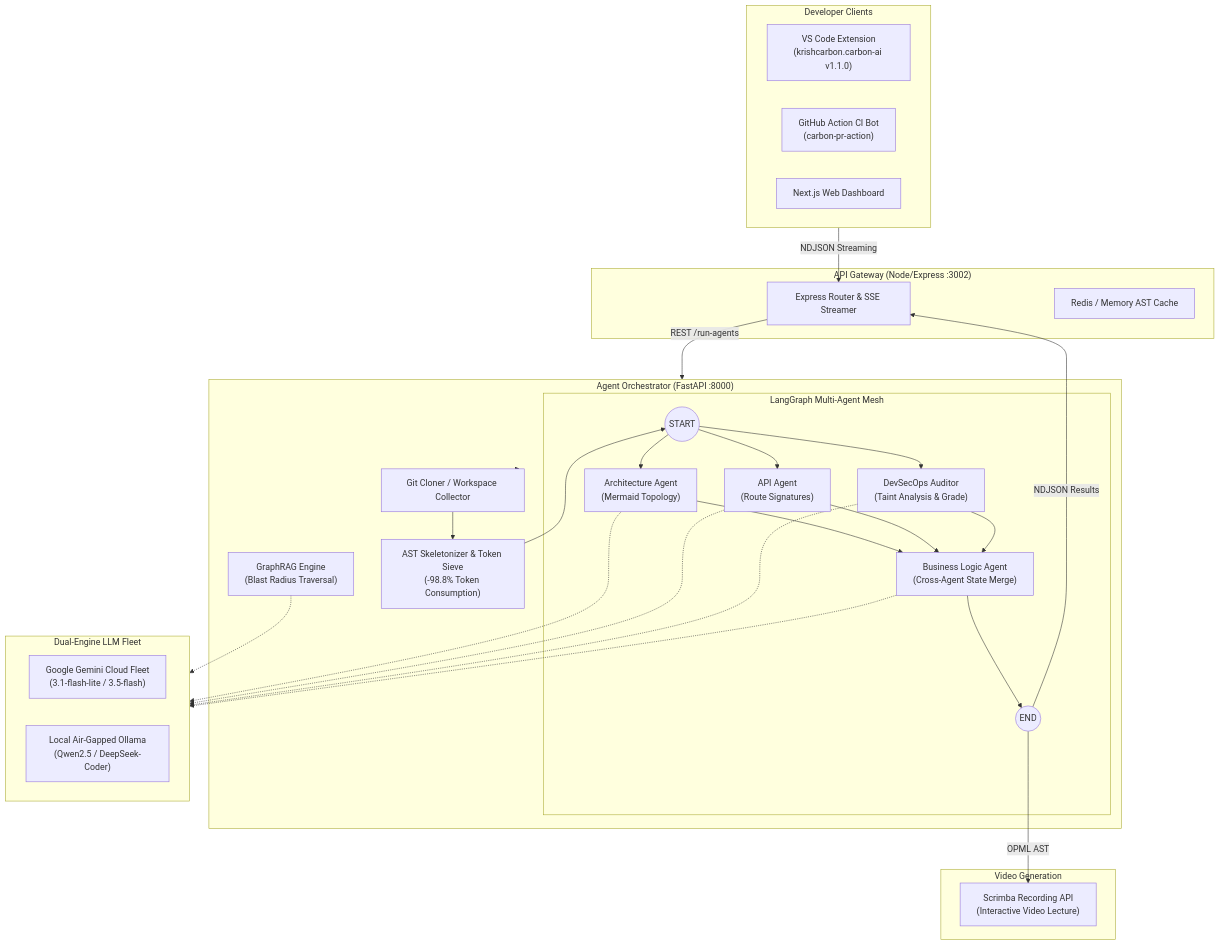
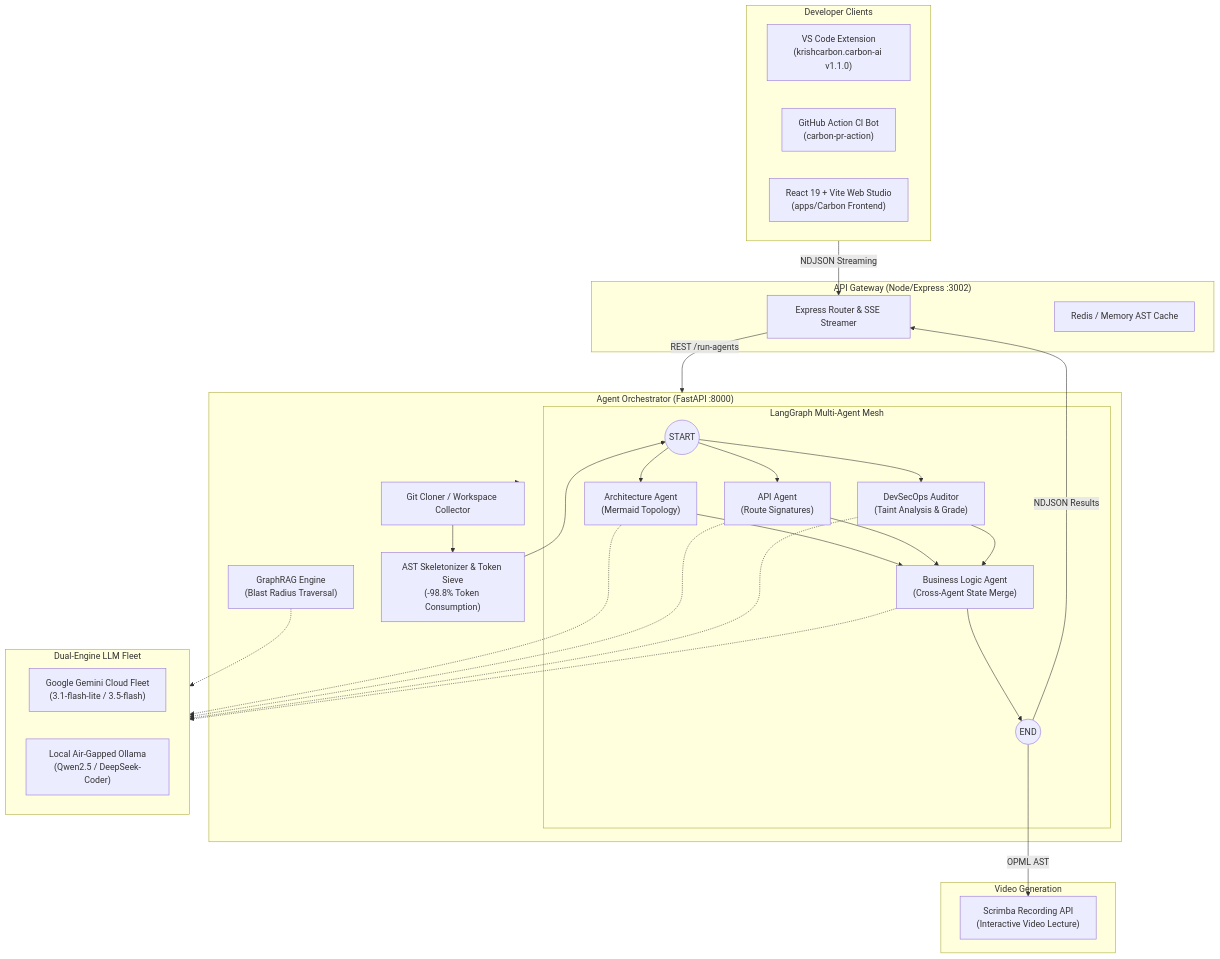
Before and after one commit to krishna-chhabra-cse/Carbon: the diagram in README.md, drawn with Mermaid. The commit also changed other lines of this file, not shown here.

Commit message:
docs(readme): resolve frontend framework inconsistency to React 19 + Vite SPA

````diff
--- a/README.md
+++ b/README.md
@@ -83,60 +83,60 @@
 ```mermaid
 flowchart TD
     subgraph Clients ["Developer Clients"]
         VSC["VS Code Extension\n(krishcarbon.carbon-ai v1.1.0)"]
         GHA["GitHub Action CI Bot\n(carbon-pr-action)"]
-        WEB["Next.js Web Dashboard"]
+        WEB["React 19 + Vite Web Studio\n(apps/Carbon Frontend)"]
     end
 
     subgraph Gateway ["API Gateway (Node/Express :3002)"]
         GW["Express Router & SSE Streamer"]
         VCACHE["Redis / Memory AST Cache"]
     end
 
     subgraph AgentService ["Agent Orchestrator (FastAPI :8000)"]
         CLONE["Git Cloner / Workspace Collector"]
         SIEVE["AST Skeletonizer & Token Sieve\n(-98.8% Token Consumption)"]
         
         subgraph LangGraphMesh ["LangGraph Multi-Agent Mesh"]
             START((START))
             ARCH["Architecture Agent\n(Mermaid Topology)"]
             API["API Agent\n(Route Signatures)"]
             SEC["DevSecOps Auditor\n(Taint Analysis & Grade)"]
             BIZ["Business Logic Agent\n(Cross-Agent State Merge)"]
             END_NODE((END))
         end
 
         GRAG["GraphRAG Engine\n(Blast Radius Traversal)"]
     end
 
     subgraph Inference ["Dual-Engine LLM Fleet"]
         GEMINI["Google Gemini Cloud Fleet\n(3.1-flash-lite / 3.5-flash)"]
         OLLAMA["Local Air-Gapped Ollama\n(Qwen2.5 / DeepSeek-Coder)"]
     end
 
     subgraph VideoPlatform ["Video Generation"]
         SCRIMBA["Scrimba Recording API\n(Interactive Video Lecture)"]
     end
 
     Clients -->|NDJSON Streaming| GW
     GW -->|REST /run-agents| AgentService
     AgentService --> CLONE --> SIEVE --> START
     
     START --> ARCH
     START --> API
     START --> SEC
     
     ARCH --> BIZ
     API --> BIZ
     SEC --> BIZ
     BIZ --> END_NODE
 
     ARCH -.-> Inference
     API -.-> Inference
     SEC -.-> Inference
     BIZ -.-> Inference
     GRAG -.-> Inference
 
     END_NODE -->|OPML AST| SCRIMBA
     END_NODE -->|NDJSON Results| GW
 ```
````
